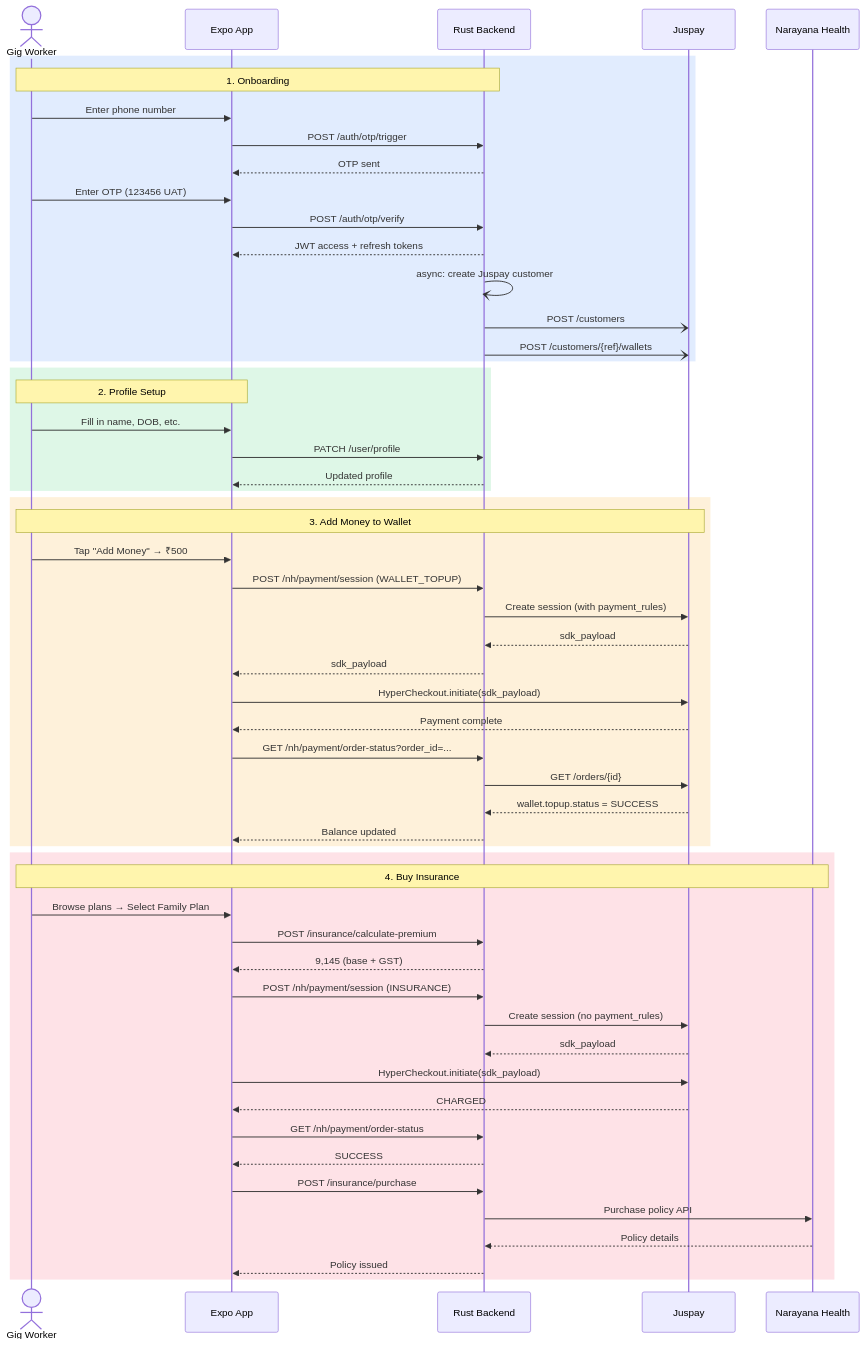
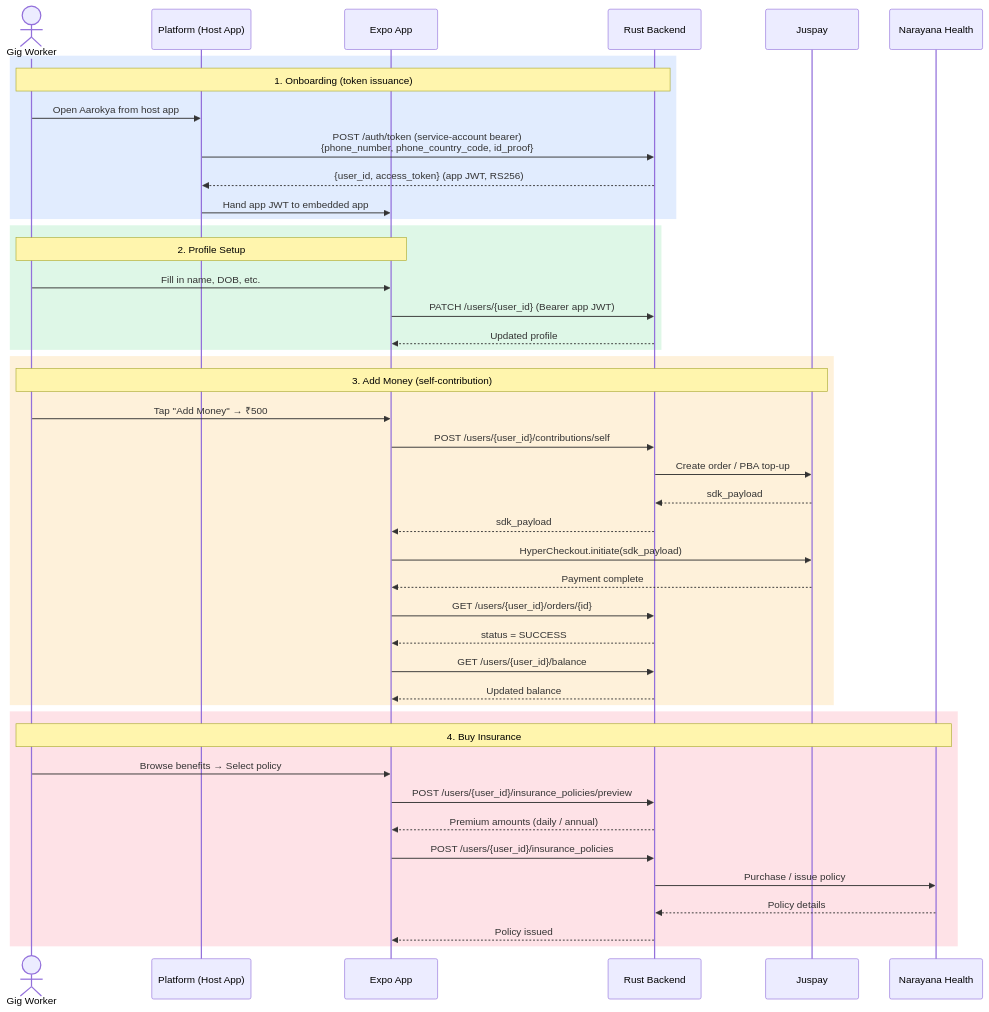
Before and after one commit to anu19981/aarokya-backend: the second of 4 diagrams in api-reference/architecture/system-overview.mdx, drawn with Mermaid. The commit also changed other lines of this file and 82 other files, not shown here.

Commit message:
sync: update api-reference from aarokya-agentic-app

````diff
--- a/api-reference/architecture/system-overview.mdx
+++ b/api-reference/architecture/system-overview.mdx
@@ -107,61 +103,50 @@
 ```mermaid
 sequenceDiagram
     actor U as Gig Worker
+    participant Plat as Platform (Host App)
     participant App as Expo App
     participant API as Rust Backend
     participant JP as Juspay
     participant NH as Narayana Health
 
     rect rgba(59, 130, 246, 0.15)
-        Note over U,API: 1. Onboarding
-        U->>App: Enter phone number
-        App->>API: POST /auth/otp/trigger
-        API-->>App: OTP sent
-        U->>App: Enter OTP (123456 UAT)
-        App->>API: POST /auth/otp/verify
-        API-->>App: JWT access + refresh tokens
-        API-)API: async: create Juspay customer
-        API-)JP: POST /customers
-        API-)JP: POST /customers/{ref}/wallets
+        Note over U,API: 1. Onboarding (token issuance)
+        U->>Plat: Open Aarokya from host app
+        Plat->>API: POST /auth/token (service-account bearer)<br/>{phone_number, phone_country_code, id_proof}
+        API-->>Plat: {user_id, access_token} (app JWT, RS256)
+        Plat->>App: Hand app JWT to embedded app
     end
 
     rect rgba(34, 197, 94, 0.15)
         Note over U,App: 2. Profile Setup
         U->>App: Fill in name, DOB, etc.
-        App->>API: PATCH /user/profile
+        App->>API: PATCH /users/{user_id} (Bearer app JWT)
         API-->>App: Updated profile
     end
 
     rect rgba(245, 158, 11, 0.15)
-        Note over U,JP: 3. Add Money to Wallet
+        Note over U,JP: 3. Add Money (self-contribution)
         U->>App: Tap "Add Money" → ₹500
-        App->>API: POST /nh/payment/session (WALLET_TOPUP)
-        API->>JP: Create session (with payment_rules)
+        App->>API: POST /users/{user_id}/contributions/self
+        API->>JP: Create order / PBA top-up
         JP-->>API: sdk_payload
         API-->>App: sdk_payload
         App->>JP: HyperCheckout.initiate(sdk_payload)
         JP-->>App: Payment complete
-        App->>API: GET /nh/payment/order-status?order_id=...
-        API->>JP: GET /orders/{id}
-        JP-->>API: wallet.topup.status = SUCCESS
-        API-->>App: Balance updated
+        App->>API: GET /users/{user_id}/orders/{id}
+        API-->>App: status = SUCCESS
+        App->>API: GET /users/{user_id}/balance
+        API-->>App: Updated balance
     end
 
     rect rgba(244, 63, 94, 0.15)
         Note over U,NH: 4. Buy Insurance
-        U->>App: Browse plans → Select Family Plan
-        App->>API: POST /insurance/calculate-premium
-        API-->>App: 9,145 (base + GST)
-        App->>API: POST /nh/payment/session (INSURANCE)
-        API->>JP: Create session (no payment_rules)
-        JP-->>API: sdk_payload
-        App->>JP: HyperCheckout.initiate(sdk_payload)
-        JP-->>App: CHARGED
-        App->>API: GET /nh/payment/order-status
-        API-->>App: SUCCESS
-        App->>API: POST /insurance/purchase
-        API->>NH: Purchase policy API
+        U->>App: Browse benefits → Select policy
+        App->>API: POST /users/{user_id}/insurance_policies/preview
+        API-->>App: Premium amounts (daily / annual)
+        App->>API: POST /users/{user_id}/insurance_policies
+        API->>NH: Purchase / issue policy
         NH-->>API: Policy details
         API-->>App: Policy issued
     end
 ```
````
